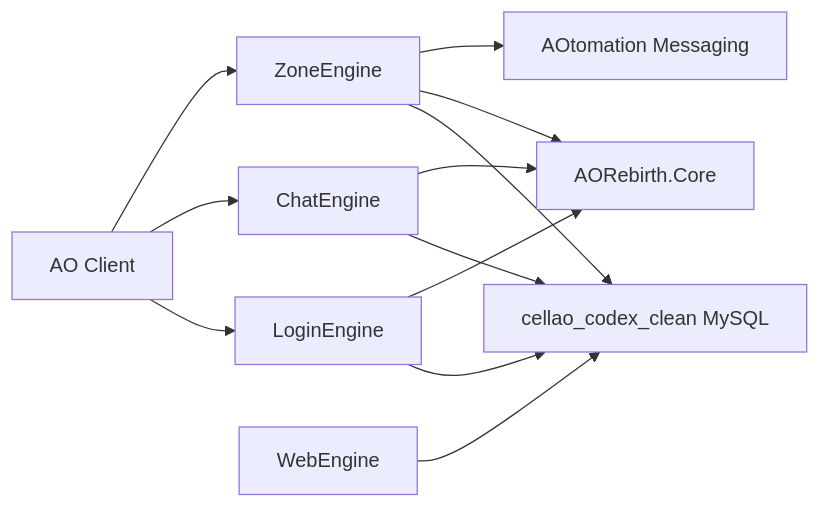
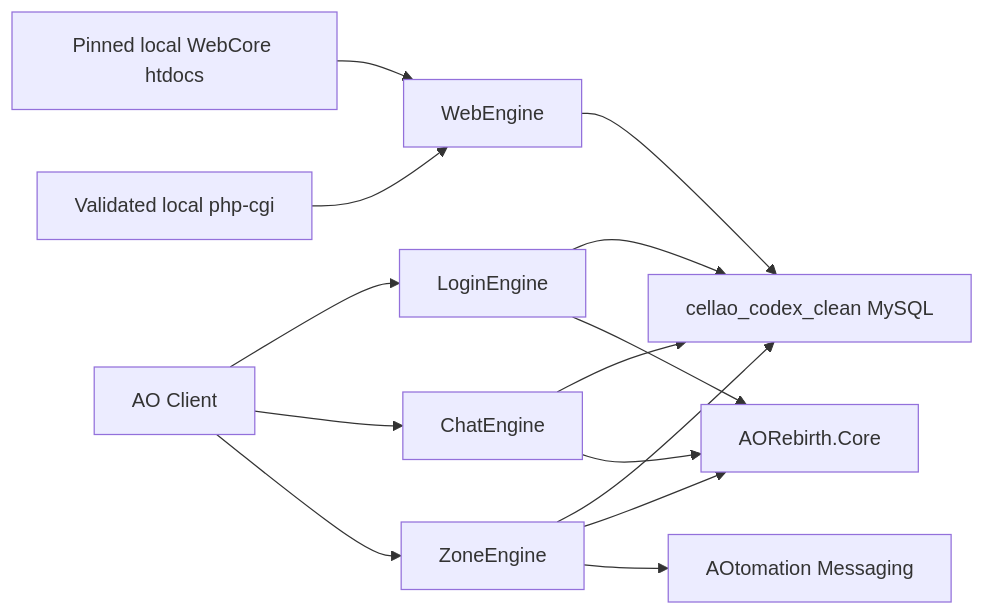
One commit to subarumike/AORebirth changed the first of 4 diagrams in docs/project/ARCHITECTURE.md. Above: the diagram before and after it, drawn with Mermaid. The commit also changed other lines of this file and 5 other files, not shown here.

Commit message:
Document pinned WebCore provisioning boundary

````diff
--- a/docs/project/ARCHITECTURE.md
+++ b/docs/project/ARCHITECTURE.md
@@ -9,14 +9,16 @@
 ```mermaid
 flowchart LR
     Client["AO Client"] --> Login["LoginEngine"]
     Client --> Chat["ChatEngine"]
     Client --> Zone["ZoneEngine"]
     Web["WebEngine"] --> DB["cellao_codex_clean MySQL"]
+    Assets["Pinned local WebCore htdocs"] --> Web
+    PHP["Validated local php-cgi"] --> Web
     Login --> DB
     Chat --> DB
     Zone --> DB
     Zone --> Core["AORebirth.Core"]
     Zone --> Msg["AOtomation Messaging"]
     Login --> Core
     Chat --> Core
 ```
````
